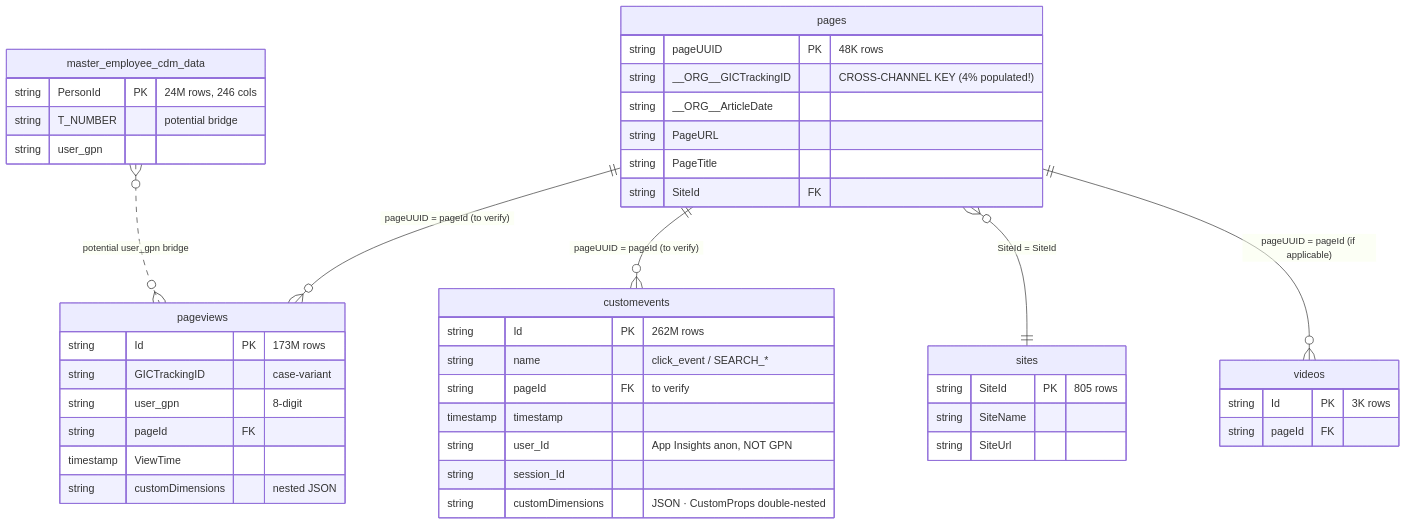
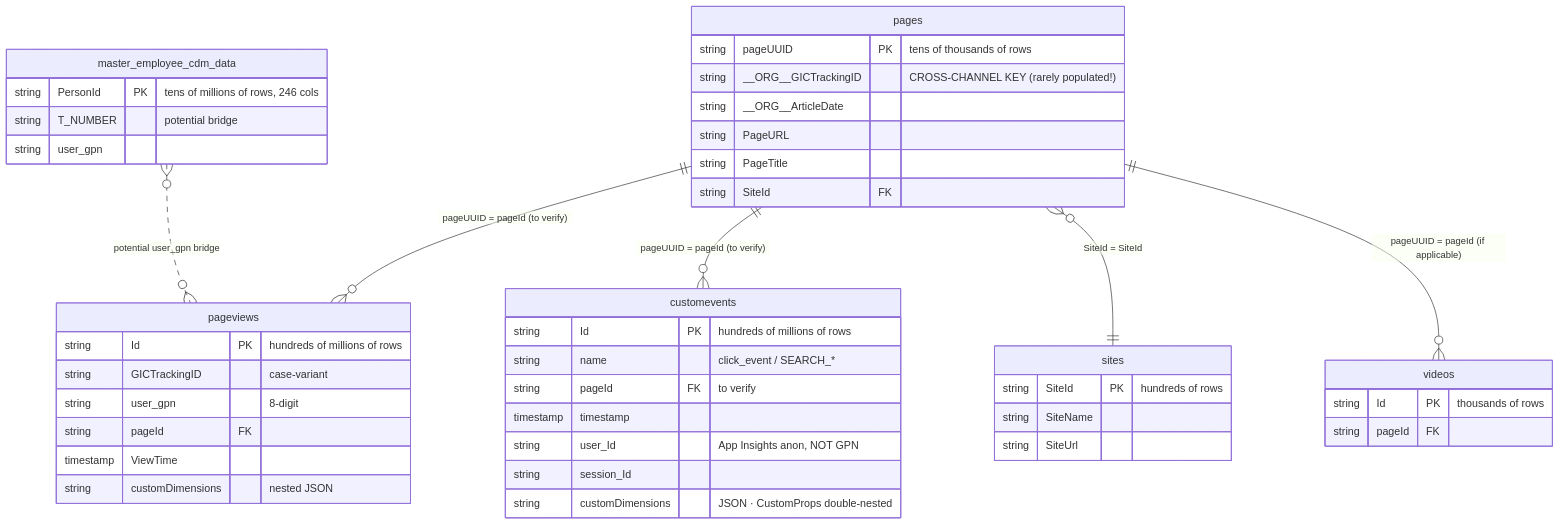
The diagram in docs/diagrams/er_sharepoint_bronze.md (dallmi/Databricks), drawn with Mermaid before and after one commit. The commit also changed other lines of this file and 87 other files, not shown here.

````diff
--- a/docs/diagrams/er_sharepoint_bronze.md
+++ b/docs/diagrams/er_sharepoint_bronze.md
@@ -9,48 +9,48 @@
 ```mermaid
 erDiagram
     pages      ||--o{ pageviews    : "pageUUID = pageId (to verify)"
     pages      ||--o{ customevents : "pageUUID = pageId (to verify)"
     pages      }o--|| sites        : "SiteId = SiteId"
     pages      ||--o{ videos       : "pageUUID = pageId (if applicable)"
     master_employee_cdm_data }o..o{ pageviews : "potential user_gpn bridge"
 
     pages {
-        string pageUUID PK "48K rows"
-        string __ORG__GICTrackingID "CROSS-CHANNEL KEY (4% populated!)"
+        string pageUUID PK "tens of thousands of rows"
+        string __ORG__GICTrackingID "CROSS-CHANNEL KEY (rarely populated!)"
         string __ORG__ArticleDate
         string PageURL
         string PageTitle
         string SiteId FK
     }
     pageviews {
-        string Id PK "173M rows"
+        string Id PK "hundreds of millions of rows"
         string GICTrackingID "case-variant"
         string user_gpn "8-digit"
         string pageId FK
         timestamp ViewTime
         string customDimensions "nested JSON"
     }
     customevents {
-        string Id PK "262M rows"
+        string Id PK "hundreds of millions of rows"
         string name "click_event / SEARCH_*"
         string pageId FK "to verify"
         timestamp timestamp
         string user_Id "App Insights anon, NOT GPN"
         string session_Id
         string customDimensions "JSON · CustomProps double-nested"
     }
     sites {
-        string SiteId PK "805 rows"
+        string SiteId PK "hundreds of rows"
         string SiteName
         string SiteUrl
     }
     videos {
-        string Id PK "3K rows"
+        string Id PK "thousands of rows"
         string pageId FK
     }
     master_employee_cdm_data {
-        string PersonId PK "24M rows, 246 cols"
+        string PersonId PK "tens of millions of rows, 246 cols"
         string T_NUMBER "potential bridge"
         string user_gpn
     }
 ```
````
